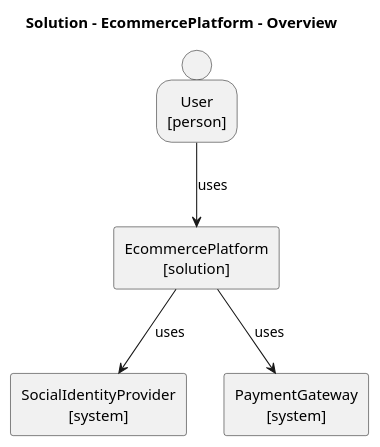
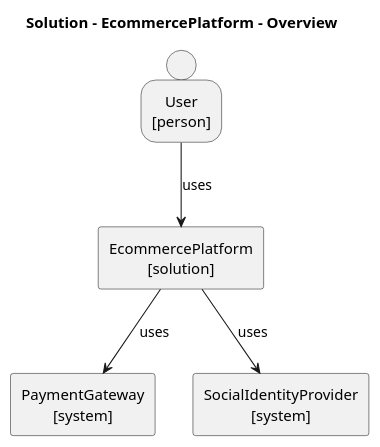
The diagram in src/doc/examples/design_example_step_2/views/plantuml/application/EcommercePlatform_overview.puml (tmorin/archicode), drawn with PlantUML before and after one commit. The commit also changed other lines of this file and 37 other files, not shown here.

```diff
--- a/src/doc/examples/design_example_step_2/views/plantuml/application/EcommercePlatform_overview.puml
+++ b/src/doc/examples/design_example_step_2/views/plantuml/application/EcommercePlatform_overview.puml
@@ -1,35 +1,35 @@
 @startuml EcommercePlatform_overview
 title Solution - EcommercePlatform - Overview
 skinparam defaultTextAlignment center
 skinparam defaultTextAlignment<<atomic>> center
 skinparam wrapWidth 200
 skinparam maxMessageSize 150
 hide stereotype
 <style>
 .composite {
 BackgroundColor: transparent
 LineColor: darkgray
 LineStyle: 5
 FontStyle: normal
 }
 </style>
+person User <<atomic>> <<person>> [
+User
+[person]
+]
+rectangle PaymentGateway <<system>> <<atomic>> [
+PaymentGateway
+[system]
+]
 rectangle EcommercePlatform <<solution>> <<atomic>> [
 EcommercePlatform
 [solution]
 ]
 rectangle SocialIdentityProvider <<system>> <<atomic>> [
 SocialIdentityProvider
 [system]
 ]
-person User <<atomic>> <<person>> [
-User
-[person]
-]
-rectangle PaymentGateway <<system>> <<atomic>> [
-PaymentGateway
-[system]
-]
+EcommercePlatform --> SocialIdentityProvider : uses
 EcommercePlatform --> PaymentGateway : uses
 User --> EcommercePlatform : uses
-EcommercePlatform --> SocialIdentityProvider : uses
 @enduml
```
